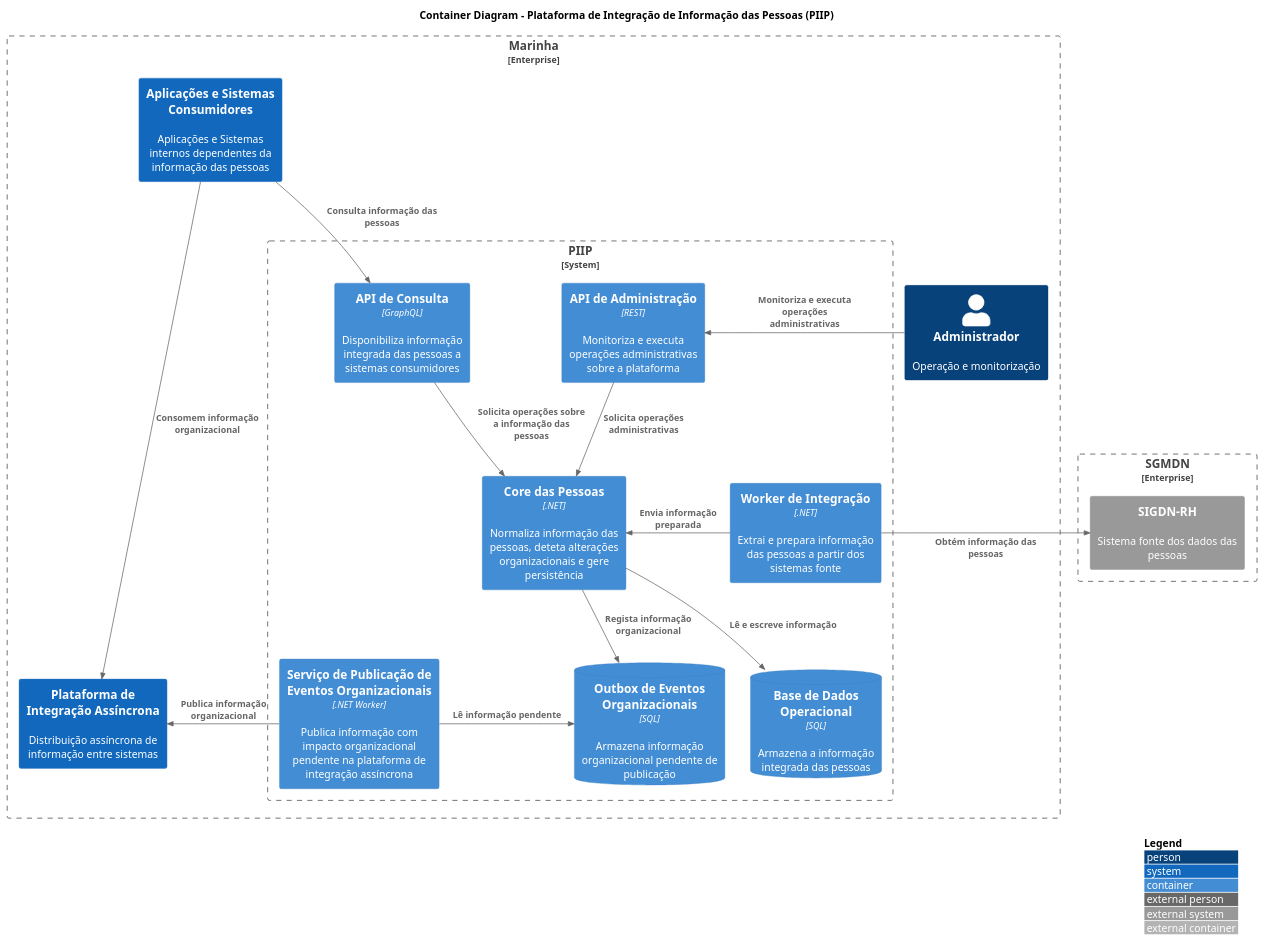
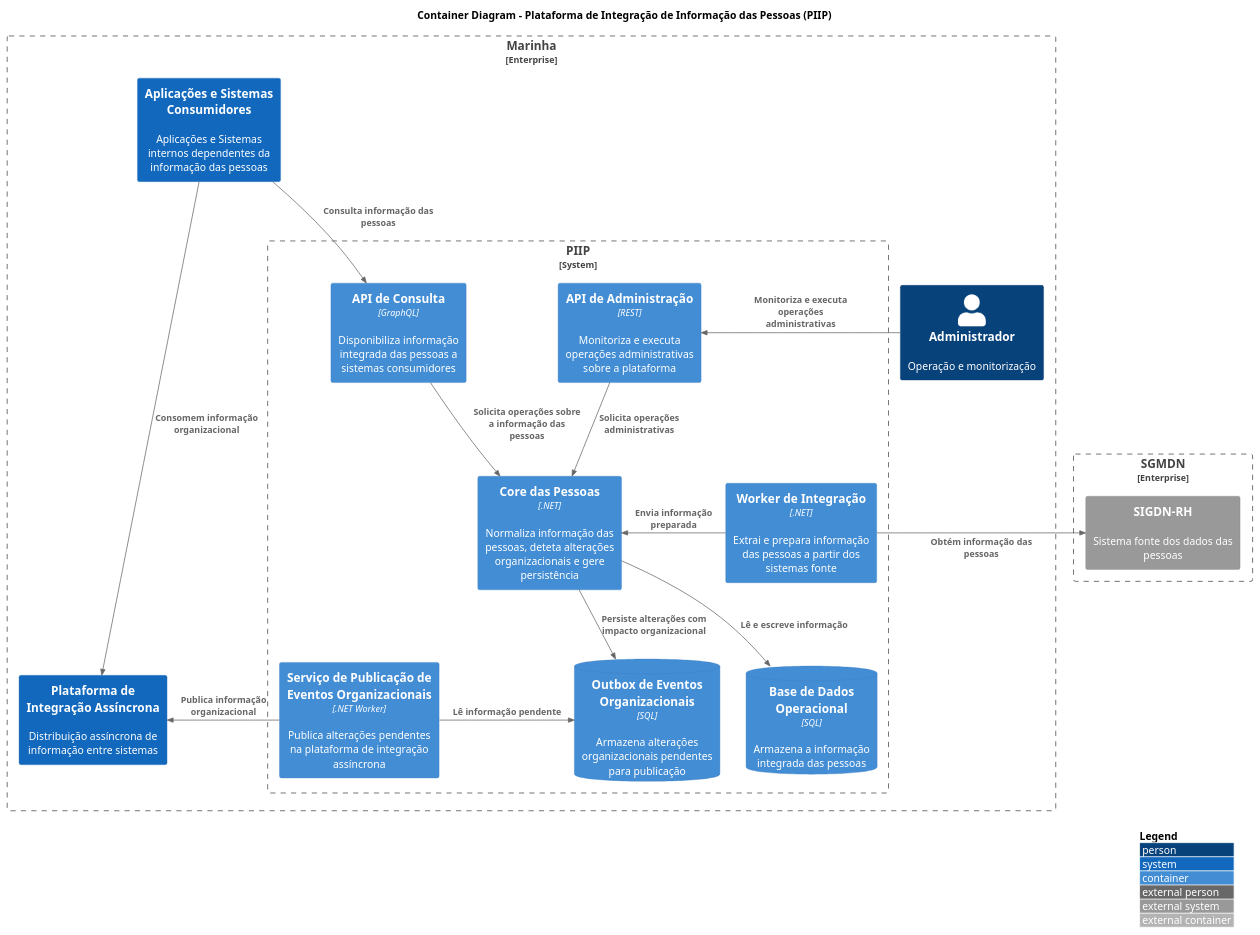
One commit to Raimundo82/pessoas-integracao changed the diagram in docs/c4/container.md. Above: the diagram before and after it, drawn with PlantUML.

Commit message:
docs: refine descriptions for publisher and outbox containers

````diff
--- a/docs/c4/container.md
+++ b/docs/c4/container.md
@@ -3,62 +3,62 @@
 ```plantuml
 @startuml
 !include https://raw.githubusercontent.com/plantuml-stdlib/C4-PlantUML/master/C4_Container.puml
 
 LAYOUT_WITH_LEGEND()
 
 title Container Diagram - Plataforma de Integração de Informação das Pessoas (PIIP)
 
 Enterprise_Boundary(marinha, "Marinha") {
 
     Person(admin, "Administrador", "Operação e monitorização")
 
     System(consumidores, "Aplicações e Sistemas Consumidores", "Aplicações e Sistemas internos dependentes da informação das pessoas")
 
     System(broker, "Plataforma de Integração Assíncrona", "Distribuição assíncrona de informação entre sistemas")
 
     System_Boundary(pessoas_integracao, "PIIP") {
 
         Container(api_admin, "API de Administração", "REST", "Monitoriza e executa operações administrativas sobre a plataforma")
 
         Container(api_consulta, "API de Consulta", "GraphQL", "Disponibiliza informação integrada das pessoas a sistemas consumidores")
 
         Container(core, "Core das Pessoas", ".NET", "Normaliza informação das pessoas, deteta alterações organizacionais e gere persistência")
 
         Container(worker, "Worker de Integração", ".NET", "Extrai e prepara informação das pessoas a partir dos sistemas fonte")
 
-        Container(publisher, "Serviço de Publicação de Eventos Organizacionais", ".NET Worker", "Publica informação com impacto organizacional pendente na plataforma de integração assíncrona")
+        Container(publisher, "Serviço de Publicação de Eventos Organizacionais", ".NET Worker", "Publica alterações pendentes na plataforma de integração assíncrona")
 
         ContainerDb(db, "Base de Dados Operacional", "SQL", "Armazena a informação integrada das pessoas")
 
-        ContainerDb(outbox, "Outbox de Eventos Organizacionais", "SQL", "Armazena informação organizacional pendente de publicação")
+        ContainerDb(outbox, "Outbox de Eventos Organizacionais", "SQL", "Armazena alterações organizacionais pendentes para publicação")
     }
 }
 
 Enterprise_Boundary(sgmdn, "SGMDN") {
     System_Ext(sigdn_rh, "SIGDN-RH", "Sistema fonte dos dados das pessoas")
 }
 
 Rel_D(consumidores, api_consulta, "Consulta informação das pessoas")
 
 Rel_R(admin, api_admin, "Monitoriza e executa operações administrativas")
 
 Rel_D(api_consulta, core, "Solicita operações sobre a informação das pessoas")
 
 Rel_D(api_admin, core, "Solicita operações administrativas")
 
 Rel_R(worker, sigdn_rh, "Obtém informação das pessoas")
 
 Rel_L(worker, core, "Envia informação preparada")
 
 Rel_D(core, db, "Lê e escreve informação")
 
-Rel_D(core, outbox, "Regista informação organizacional")
+Rel_D(core, outbox, "Persiste alterações com impacto organizacional")
 
 Rel_R(publisher, outbox, "Lê informação pendente")
 
 Rel_R(publisher, broker, "Publica informação organizacional")
 
 Rel(consumidores, broker, "Consomem informação organizacional")
 
 @enduml
 ```
````
